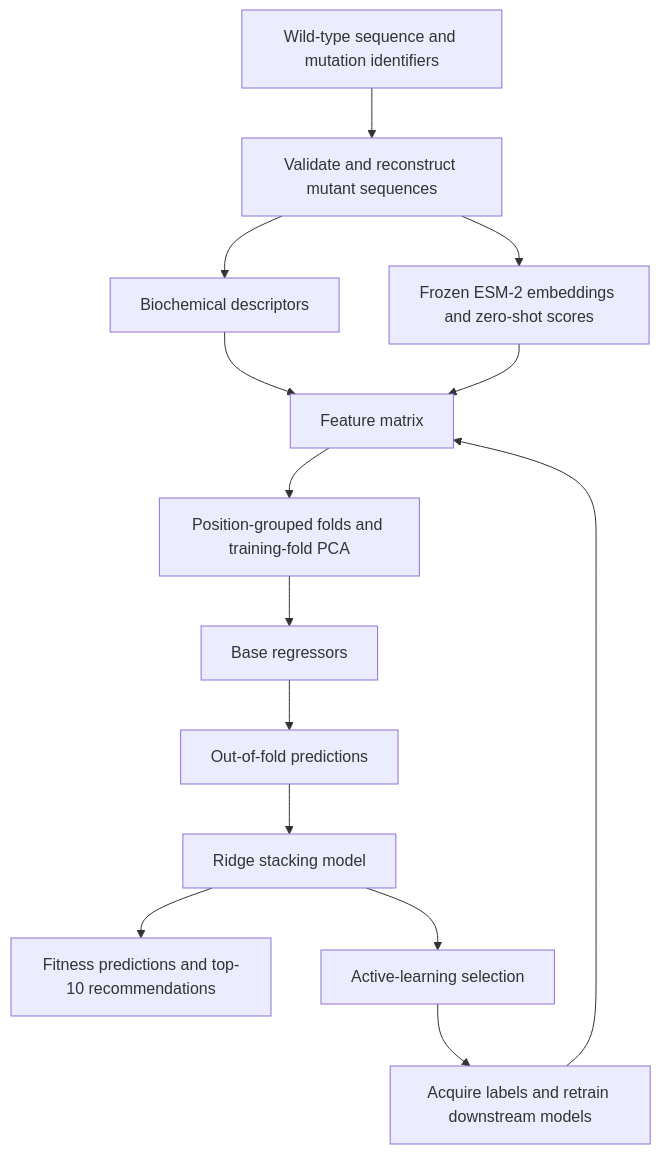
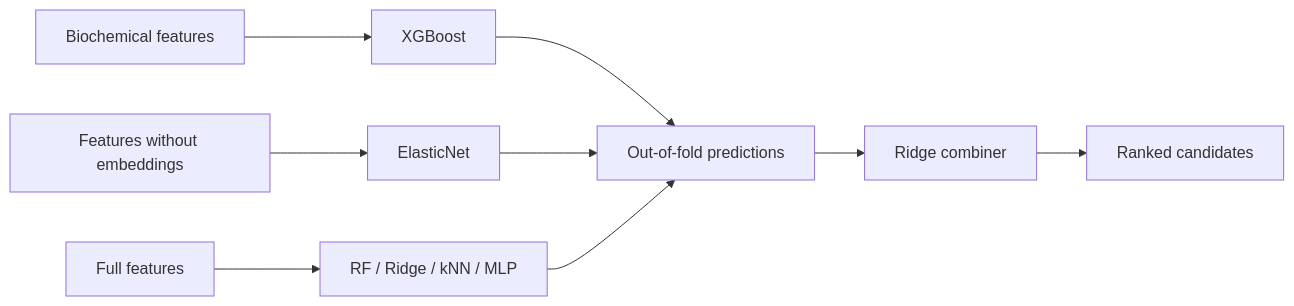
Before and after one commit to ericsheng495/protein-fitness-active-learning: the diagram in README.md, drawn with Mermaid. The commit also changed other lines of this file and 5 other files, not shown here.

Commit message:
Add visual prediction walkthrough, acquisition diagram, and performance chart

````diff
--- a/README.md
+++ b/README.md
@@ -19,16 +51,11 @@
 ```mermaid
-flowchart TD
-    A[Wild-type sequence and mutation identifiers] --> B[Validate and reconstruct mutant sequences]
-    B --> C[Biochemical descriptors]
-    B --> D[Frozen ESM-2 embeddings and zero-shot scores]
-    C --> E[Feature matrix]
-    D --> E
-    E --> F[Position-grouped folds and training-fold PCA]
-    F --> G[Base regressors]
-    G --> H[Out-of-fold predictions]
-    H --> I[Ridge stacking model]
-    I --> J[Fitness predictions and top-10 recommendations]
-    I --> K[Active-learning selection]
-    K --> L[Acquire labels and retrain downstream models]
-    L --> E
+flowchart LR
+    A[Biochemical features] --> B[XGBoost]
+    C[Features without embeddings] --> D[ElasticNet]
+    E[Full features] --> F[RF / Ridge / kNN / MLP]
+    B --> G[Out-of-fold predictions]
+    D --> G
+    F --> G
+    G --> H[Ridge combiner]
+    H --> I[Ranked candidates]
 ```
````
